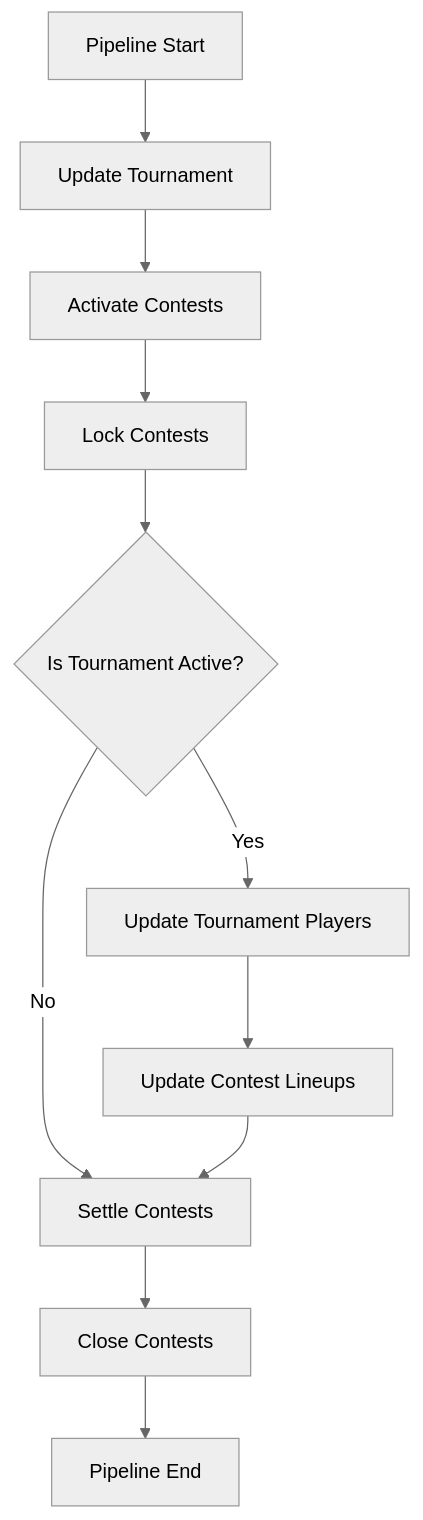
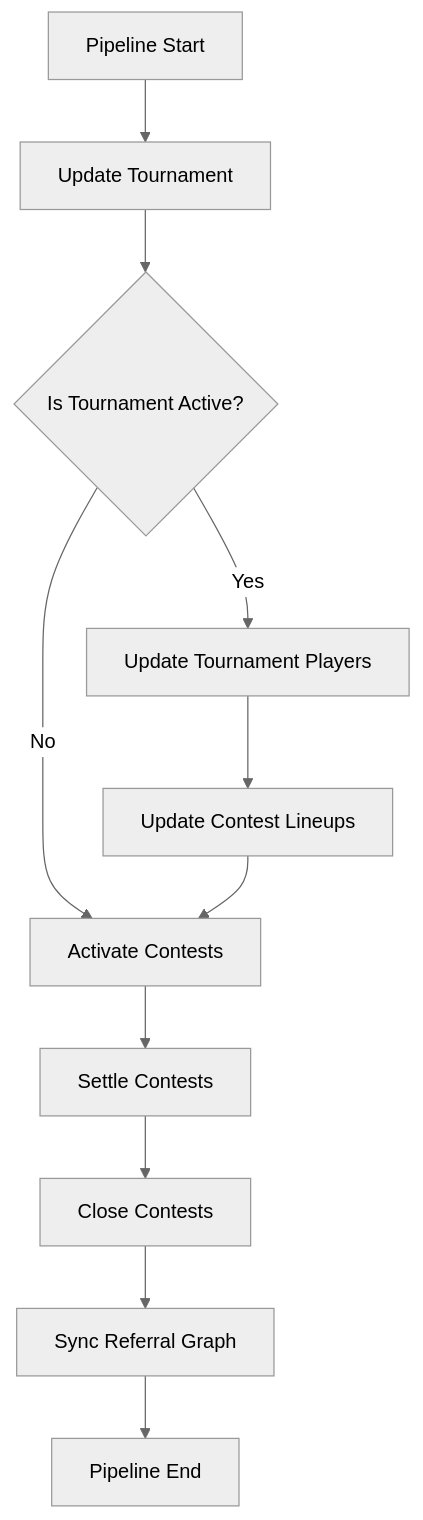
The diagram in spec/server/cron.md (MagRelo/cut), drawn with Mermaid (neutral theme) before and after one commit. The commit also changed other lines of this file and 7 other files, not shown here.

````diff
--- a/spec/server/cron.md
+++ b/spec/server/cron.md
@@ -19,13 +21,13 @@
 ```mermaid
 flowchart TD
     Start[Pipeline Start] --> UpdateTournament[Update Tournament]
-    UpdateTournament --> ActivateContests[Activate Contests]
-    ActivateContests --> LockContests[Lock Contests]
-    LockContests --> CheckActive{Is Tournament Active?}
+    UpdateTournament --> CheckActive{Is Tournament Active?}
     CheckActive -->|Yes| UpdatePlayers[Update Tournament Players]
-    CheckActive -->|No| SettleContests
+    CheckActive -->|No| ActivateContests[Activate Contests]
     UpdatePlayers --> UpdateLineups[Update Contest Lineups]
-    UpdateLineups --> SettleContests[Settle Contests]
+    UpdateLineups --> ActivateContests
+    ActivateContests --> SettleContests[Settle Contests]
     SettleContests --> CloseContests[Close Contests]
-    CloseContests --> End[Pipeline End]
+    CloseContests --> SyncReferral[Sync Referral Graph]
+    SyncReferral --> End[Pipeline End]
 ```
````
